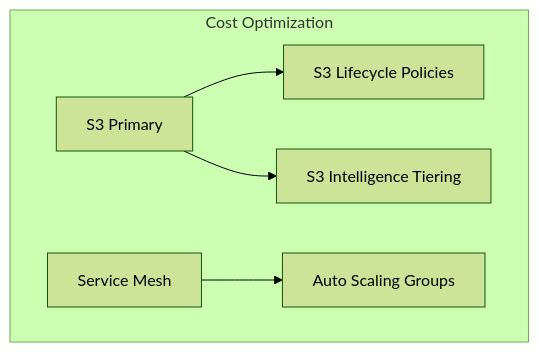
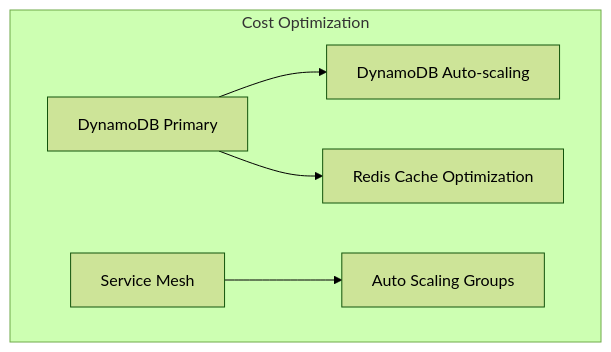
Before and after one commit to ahmad0303/testingreadme: diagram 14 of 15 in README.md, drawn with Mermaid (forest theme). The commit also changed other lines of this file, not shown here.

````diff
--- a/README.md
+++ b/README.md
@@ -572,12 +615,12 @@
 ```mermaid
 flowchart TD
     subgraph CostOptimization["Cost Optimization"]
-        S3LifeCycle["S3 Lifecycle Policies"]
+        DDBLifeCycle["DynamoDB Auto-scaling"]
         AutoScaling["Auto Scaling Groups"]
-        S3Intelligence["S3 Intelligence Tiering"]
+        CacheOptimization["Redis Cache Optimization"]
         
-        S3Primary["S3 Primary"] --> S3LifeCycle
+        DDBPrimary["DynamoDB Primary"] --> DDBLifeCycle
         ServiceMesh["Service Mesh"] --> AutoScaling
-        S3Primary --> S3Intelligence
+        DDBPrimary --> CacheOptimization
     end
 ```
````
